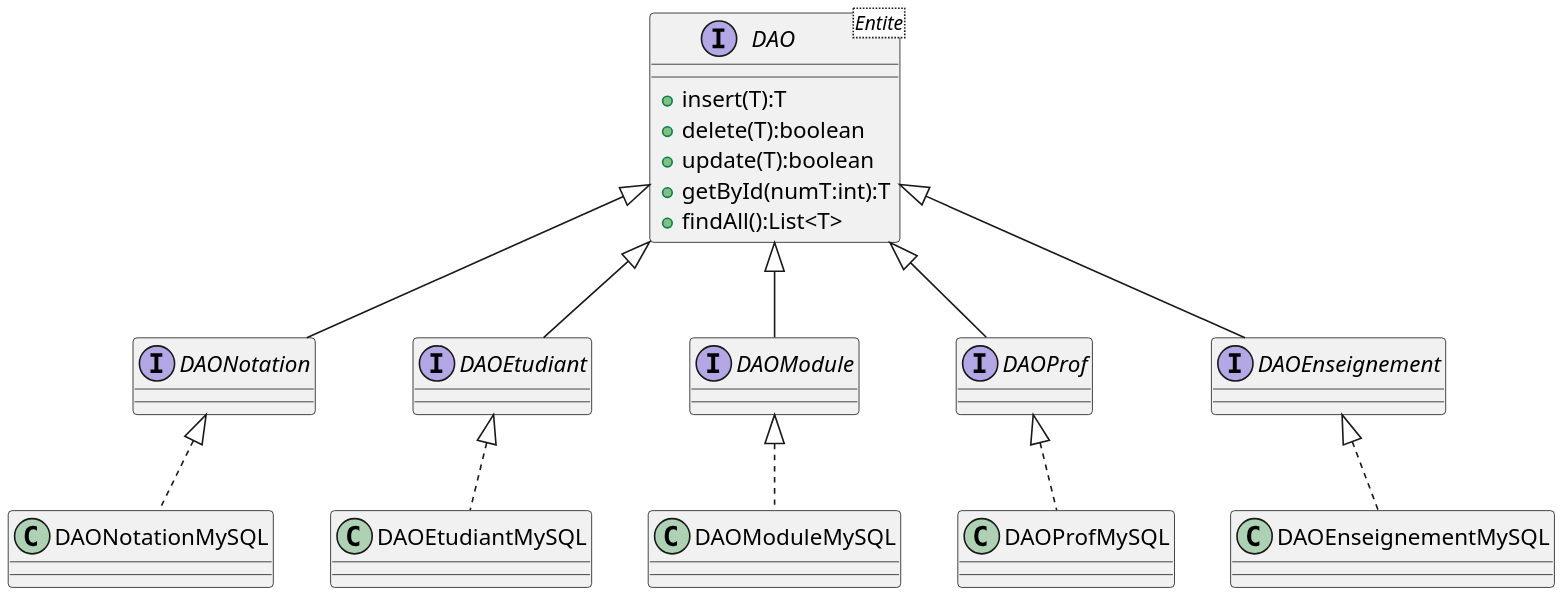
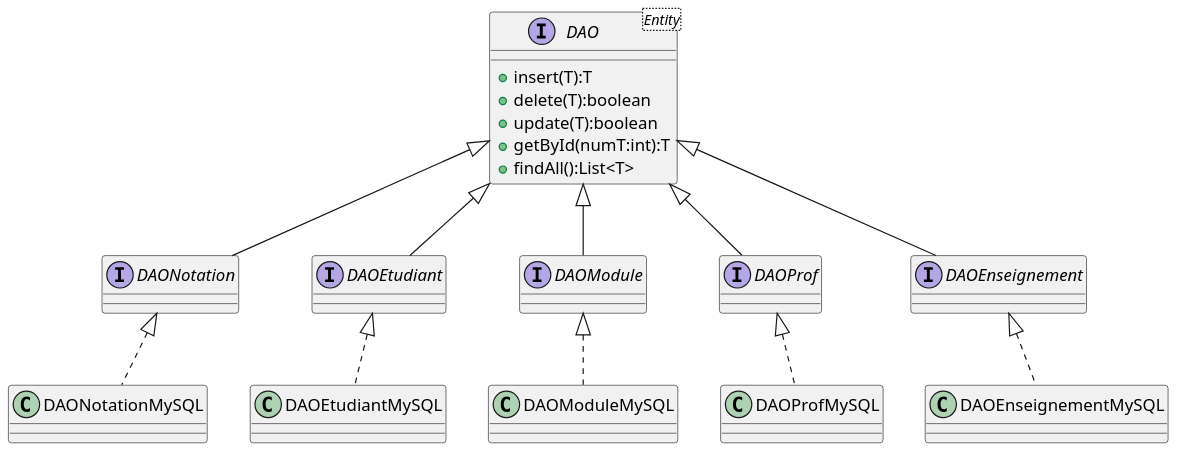
One commit to IUTInfoAix-M3106/TpJdbc changed the diagram in src/main/resources/assets/DAO.puml. Above: the diagram before and after it, drawn with PlantUML. The commit also changed 10 other files, not shown here.

Commit message:
Modification de l'échelle des diagrammes

```diff
--- a/src/main/resources/assets/DAO.puml
+++ b/src/main/resources/assets/DAO.puml
@@ -1,33 +1,33 @@
 @startuml
-scale 2
+scale 1.5
 
-interface DAO<Entite>{
+interface DAO<Entity>{
 +insert(T):T
 +delete(T):boolean
 +update(T):boolean
 +getById(numT:int):T
 +findAll():List<T>
 }
 
 interface DAONotation
 
 interface DAOEtudiant
 
 interface DAOModule
 
 interface DAOProf
 
 interface DAOEnseignement
 
 DAO <|-- DAONotation
 DAO <|-- DAOEtudiant
 DAO <|-- DAOModule
 DAO <|-- DAOProf
 DAO <|-- DAOEnseignement
 
 DAONotation <|.. DAONotationMySQL
 DAOEtudiant <|.. DAOEtudiantMySQL
 DAOModule <|.. DAOModuleMySQL
 DAOProf <|.. DAOProfMySQL
 DAOEnseignement <|.. DAOEnseignementMySQL
 @enduml
```
